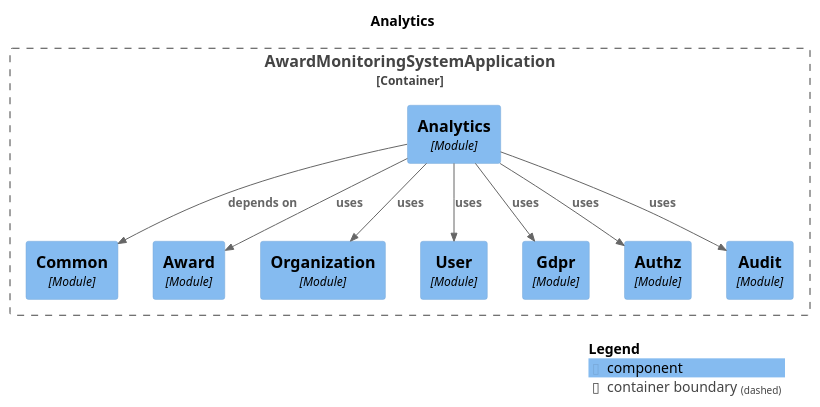
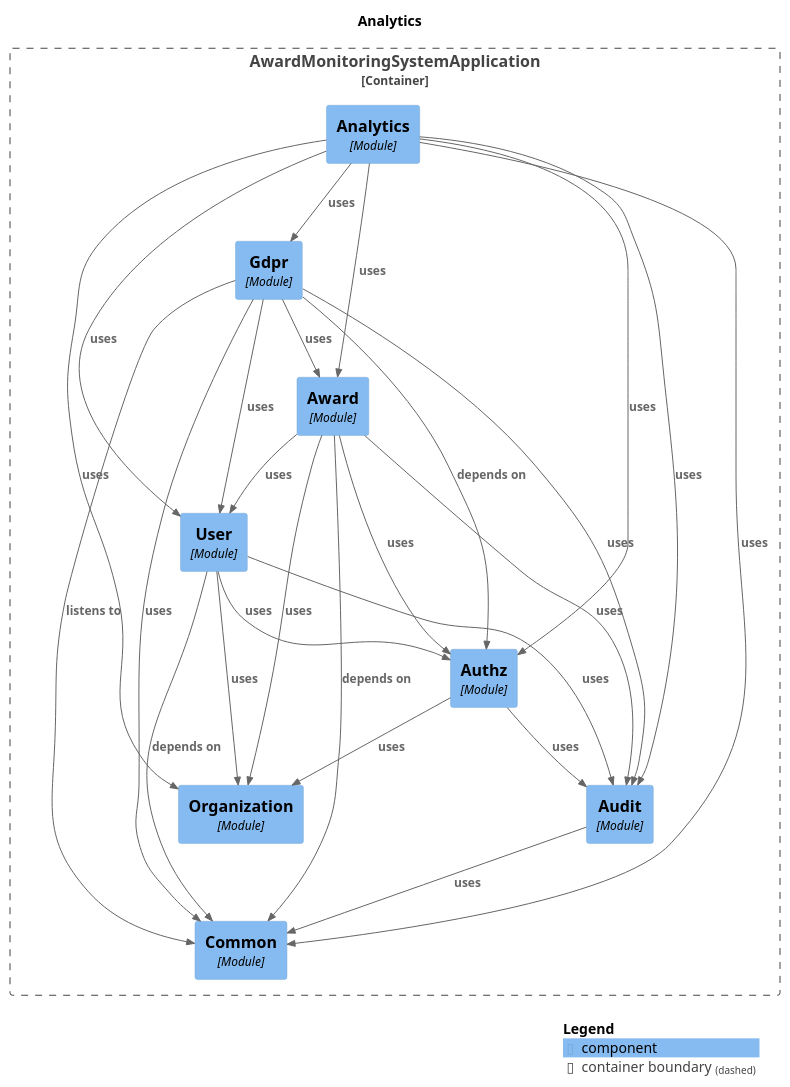
Before and after one commit to StKostyk/award-monitoring-system: the diagram in docs/architecture/diagrams/modules/module-analytics.puml, drawn with PlantUML. The commit also changed 30 other files, not shown here.

```diff
--- a/docs/architecture/diagrams/modules/module-analytics.puml
+++ b/docs/architecture/diagrams/modules/module-analytics.puml
@@ -1,31 +1,49 @@
 @startuml
 set separator none
 title Analytics
 
 top to bottom direction
 
 !include <C4/C4>
 !include <C4/C4_Context>
 !include <C4/C4_Component>
 
 Container_Boundary("AwardMonitoringSystemApplication.AwardMonitoringSystemApplication_boundary", "AwardMonitoringSystemApplication", $tags="") {
+  Component(AwardMonitoringSystemApplication.AwardMonitoringSystemApplication.Award, "Award", $techn="Module", $descr="", $tags="", $link="")
+  Component(AwardMonitoringSystemApplication.AwardMonitoringSystemApplication.Gdpr, "Gdpr", $techn="Module", $descr="", $tags="", $link="")
   Component(AwardMonitoringSystemApplication.AwardMonitoringSystemApplication.Analytics, "Analytics", $techn="Module", $descr="", $tags="", $link="")
   Component(AwardMonitoringSystemApplication.AwardMonitoringSystemApplication.Common, "Common", $techn="Module", $descr="", $tags="", $link="")
-  Component(AwardMonitoringSystemApplication.AwardMonitoringSystemApplication.Award, "Award", $techn="Module", $descr="", $tags="", $link="")
   Component(AwardMonitoringSystemApplication.AwardMonitoringSystemApplication.Organization, "Organization", $techn="Module", $descr="", $tags="", $link="")
+  Component(AwardMonitoringSystemApplication.AwardMonitoringSystemApplication.Audit, "Audit", $techn="Module", $descr="", $tags="", $link="")
+  Component(AwardMonitoringSystemApplication.AwardMonitoringSystemApplication.Authz, "Authz", $techn="Module", $descr="", $tags="", $link="")
   Component(AwardMonitoringSystemApplication.AwardMonitoringSystemApplication.User, "User", $techn="Module", $descr="", $tags="", $link="")
-  Component(AwardMonitoringSystemApplication.AwardMonitoringSystemApplication.Gdpr, "Gdpr", $techn="Module", $descr="", $tags="", $link="")
-  Component(AwardMonitoringSystemApplication.AwardMonitoringSystemApplication.Authz, "Authz", $techn="Module", $descr="", $tags="", $link="")
-  Component(AwardMonitoringSystemApplication.AwardMonitoringSystemApplication.Audit, "Audit", $techn="Module", $descr="", $tags="", $link="")
 }
 
-Rel(AwardMonitoringSystemApplication.AwardMonitoringSystemApplication.Analytics, AwardMonitoringSystemApplication.AwardMonitoringSystemApplication.Common, "depends on", $techn="", $tags="", $link="")
+Rel(AwardMonitoringSystemApplication.AwardMonitoringSystemApplication.User, AwardMonitoringSystemApplication.AwardMonitoringSystemApplication.Authz, "uses", $techn="", $tags="", $link="")
+Rel(AwardMonitoringSystemApplication.AwardMonitoringSystemApplication.User, AwardMonitoringSystemApplication.AwardMonitoringSystemApplication.Organization, "uses", $techn="", $tags="", $link="")
+Rel(AwardMonitoringSystemApplication.AwardMonitoringSystemApplication.User, AwardMonitoringSystemApplication.AwardMonitoringSystemApplication.Audit, "uses", $techn="", $tags="", $link="")
+Rel(AwardMonitoringSystemApplication.AwardMonitoringSystemApplication.Analytics, AwardMonitoringSystemApplication.AwardMonitoringSystemApplication.Audit, "uses", $techn="", $tags="", $link="")
+Rel(AwardMonitoringSystemApplication.AwardMonitoringSystemApplication.Analytics, AwardMonitoringSystemApplication.AwardMonitoringSystemApplication.User, "uses", $techn="", $tags="", $link="")
 Rel(AwardMonitoringSystemApplication.AwardMonitoringSystemApplication.Analytics, AwardMonitoringSystemApplication.AwardMonitoringSystemApplication.Award, "uses", $techn="", $tags="", $link="")
+Rel(AwardMonitoringSystemApplication.AwardMonitoringSystemApplication.Analytics, AwardMonitoringSystemApplication.AwardMonitoringSystemApplication.Gdpr, "uses", $techn="", $tags="", $link="")
 Rel(AwardMonitoringSystemApplication.AwardMonitoringSystemApplication.Analytics, AwardMonitoringSystemApplication.AwardMonitoringSystemApplication.Organization, "uses", $techn="", $tags="", $link="")
-Rel(AwardMonitoringSystemApplication.AwardMonitoringSystemApplication.Analytics, AwardMonitoringSystemApplication.AwardMonitoringSystemApplication.User, "uses", $techn="", $tags="", $link="")
-Rel(AwardMonitoringSystemApplication.AwardMonitoringSystemApplication.Analytics, AwardMonitoringSystemApplication.AwardMonitoringSystemApplication.Gdpr, "uses", $techn="", $tags="", $link="")
 Rel(AwardMonitoringSystemApplication.AwardMonitoringSystemApplication.Analytics, AwardMonitoringSystemApplication.AwardMonitoringSystemApplication.Authz, "uses", $techn="", $tags="", $link="")
-Rel(AwardMonitoringSystemApplication.AwardMonitoringSystemApplication.Analytics, AwardMonitoringSystemApplication.AwardMonitoringSystemApplication.Audit, "uses", $techn="", $tags="", $link="")
+Rel(AwardMonitoringSystemApplication.AwardMonitoringSystemApplication.Analytics, AwardMonitoringSystemApplication.AwardMonitoringSystemApplication.Common, "uses", $techn="", $tags="", $link="")
+Rel(AwardMonitoringSystemApplication.AwardMonitoringSystemApplication.Authz, AwardMonitoringSystemApplication.AwardMonitoringSystemApplication.Audit, "uses", $techn="", $tags="", $link="")
+Rel(AwardMonitoringSystemApplication.AwardMonitoringSystemApplication.Authz, AwardMonitoringSystemApplication.AwardMonitoringSystemApplication.Organization, "uses", $techn="", $tags="", $link="")
+Rel(AwardMonitoringSystemApplication.AwardMonitoringSystemApplication.Audit, AwardMonitoringSystemApplication.AwardMonitoringSystemApplication.Common, "uses", $techn="", $tags="", $link="")
+Rel(AwardMonitoringSystemApplication.AwardMonitoringSystemApplication.Award, AwardMonitoringSystemApplication.AwardMonitoringSystemApplication.Common, "depends on", $techn="", $tags="", $link="")
+Rel(AwardMonitoringSystemApplication.AwardMonitoringSystemApplication.Award, AwardMonitoringSystemApplication.AwardMonitoringSystemApplication.Audit, "uses", $techn="", $tags="", $link="")
+Rel(AwardMonitoringSystemApplication.AwardMonitoringSystemApplication.Award, AwardMonitoringSystemApplication.AwardMonitoringSystemApplication.User, "uses", $techn="", $tags="", $link="")
+Rel(AwardMonitoringSystemApplication.AwardMonitoringSystemApplication.Award, AwardMonitoringSystemApplication.AwardMonitoringSystemApplication.Organization, "uses", $techn="", $tags="", $link="")
+Rel(AwardMonitoringSystemApplication.AwardMonitoringSystemApplication.Award, AwardMonitoringSystemApplication.AwardMonitoringSystemApplication.Authz, "uses", $techn="", $tags="", $link="")
+Rel(AwardMonitoringSystemApplication.AwardMonitoringSystemApplication.Gdpr, AwardMonitoringSystemApplication.AwardMonitoringSystemApplication.Common, "listens to", $techn="", $tags="", $link="")
+Rel(AwardMonitoringSystemApplication.AwardMonitoringSystemApplication.Gdpr, AwardMonitoringSystemApplication.AwardMonitoringSystemApplication.Authz, "depends on", $techn="", $tags="", $link="")
+Rel(AwardMonitoringSystemApplication.AwardMonitoringSystemApplication.Gdpr, AwardMonitoringSystemApplication.AwardMonitoringSystemApplication.Common, "uses", $techn="", $tags="", $link="")
+Rel(AwardMonitoringSystemApplication.AwardMonitoringSystemApplication.Gdpr, AwardMonitoringSystemApplication.AwardMonitoringSystemApplication.Audit, "uses", $techn="", $tags="", $link="")
+Rel(AwardMonitoringSystemApplication.AwardMonitoringSystemApplication.Gdpr, AwardMonitoringSystemApplication.AwardMonitoringSystemApplication.User, "uses", $techn="", $tags="", $link="")
+Rel(AwardMonitoringSystemApplication.AwardMonitoringSystemApplication.Gdpr, AwardMonitoringSystemApplication.AwardMonitoringSystemApplication.Award, "uses", $techn="", $tags="", $link="")
+Rel(AwardMonitoringSystemApplication.AwardMonitoringSystemApplication.User, AwardMonitoringSystemApplication.AwardMonitoringSystemApplication.Common, "depends on", $techn="", $tags="", $link="")
 
 SHOW_LEGEND(true)
 @enduml
```
